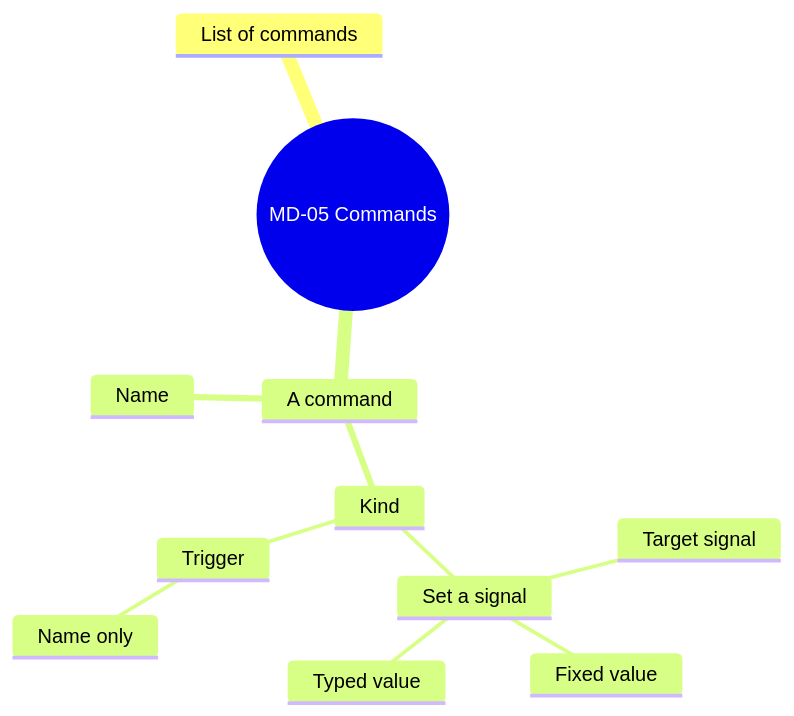
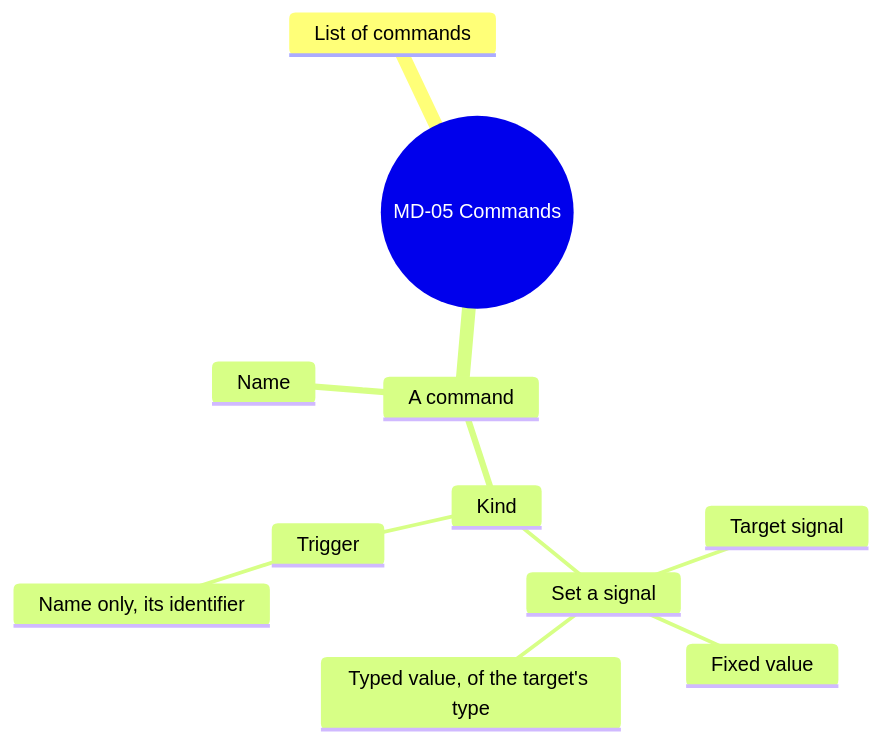
Before and after one commit to AlexandreGallais/synoptic-studio-spec: the seventh of 14 diagrams in screens/metadata.md, drawn with Mermaid. The commit also changed other lines of this file and 14 other files, not shown here.

````diff
--- a/screens/metadata.md
+++ b/screens/metadata.md
@@ -159,14 +186,14 @@
 ```mermaid
 mindmap
   root((MD-05 Commands))
     List of commands
     A command
       Name
       Kind
         Set a signal
           Target signal
           Fixed value
-          Typed value
+          Typed value, of the target's type
         Trigger
-          Name only
+          Name only, its identifier
 ```
````
